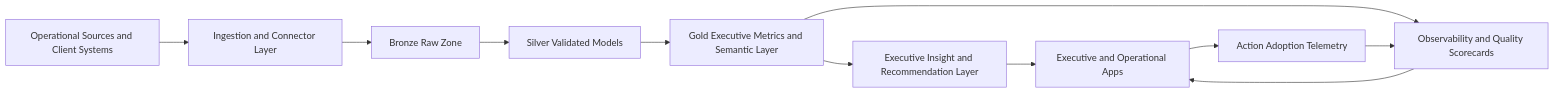
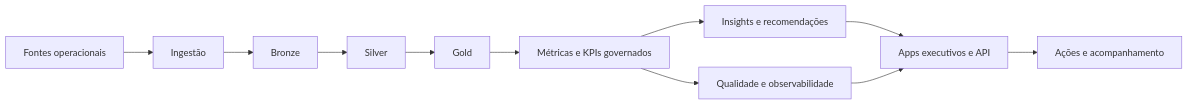
One commit to samuelmaia-analytics/revenue-intelligence-platform-suite changed the diagram in README.md. Above: the diagram before and after it, drawn with Mermaid. The commit also changed other lines of this file, not shown here.

````diff
--- a/README.md
+++ b/README.md
@@ -94,13 +33,13 @@
 ```mermaid
 flowchart LR
-  SRC[Operational Sources and Client Systems] --> ING[Ingestion and Connector Layer]
-  ING --> BRZ[Bronze Raw Zone]
-  BRZ --> SLV[Silver Validated Models]
-  SLV --> GLD[Gold Executive Metrics and Semantic Layer]
-  GLD --> INS[Executive Insight and Recommendation Layer]
-  GLD --> OBS[Observability and Quality Scorecards]
-  INS --> APP[Executive and Operational Apps]
-  OBS --> APP
-  APP --> ACT[Action Adoption Telemetry]
-  ACT --> OBS
+    A[Fontes operacionais] --> B[Ingestão]
+    B --> C[Bronze]
+    C --> D[Silver]
+    D --> E[Gold]
+    E --> F[Métricas e KPIs governados]
+    F --> G[Insights e recomendações]
+    F --> H[Qualidade e observabilidade]
+    G --> I[Apps executivos e API]
+    H --> I
+    I --> J[Ações e acompanhamento]
 ```
````
